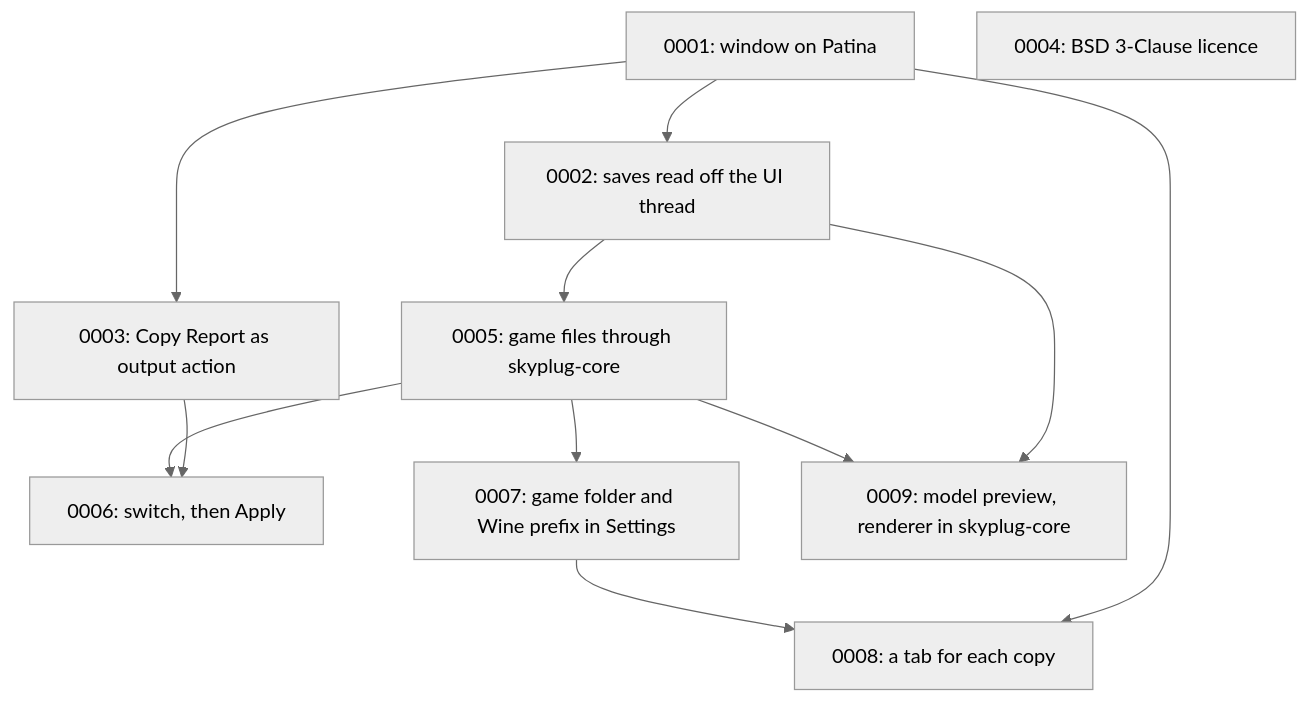
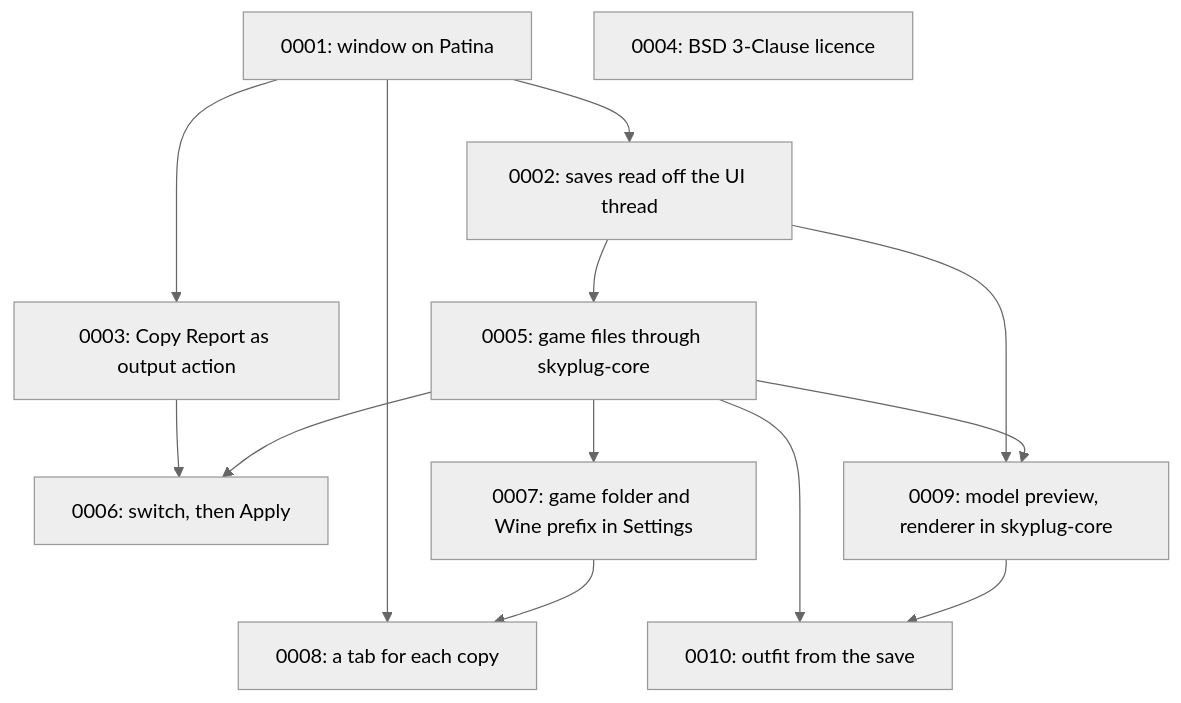
Before and after one commit to divanvisagie/arcanaeum: the diagram in docs/adr/README.md, drawn with Mermaid (neutral theme). The commit also changed other lines of this file and 3 other files, not shown here.

First line of the commit message:
Preview a character's outfit from a save

````diff
--- a/docs/adr/README.md
+++ b/docs/adr/README.md
@@ -57,14 +58,16 @@
 ```mermaid
 flowchart TD
     A[0001: window on Patina] --> B[0002: saves read off the UI thread]
     A --> C[0003: Copy Report as output action]
     D[0004: BSD 3-Clause licence]
     E[0005: game files through skyplug-core] --> F[0006: switch, then Apply]
     E --> G[0007: game folder and Wine prefix in Settings]
     G --> H[0008: a tab for each copy]
     A --> H
     B --> E
     C --> F
     E --> I[0009: model preview, renderer in skyplug-core]
     B --> I
+    I --> J[0010: outfit from the save]
+    E --> J
 ```
````
